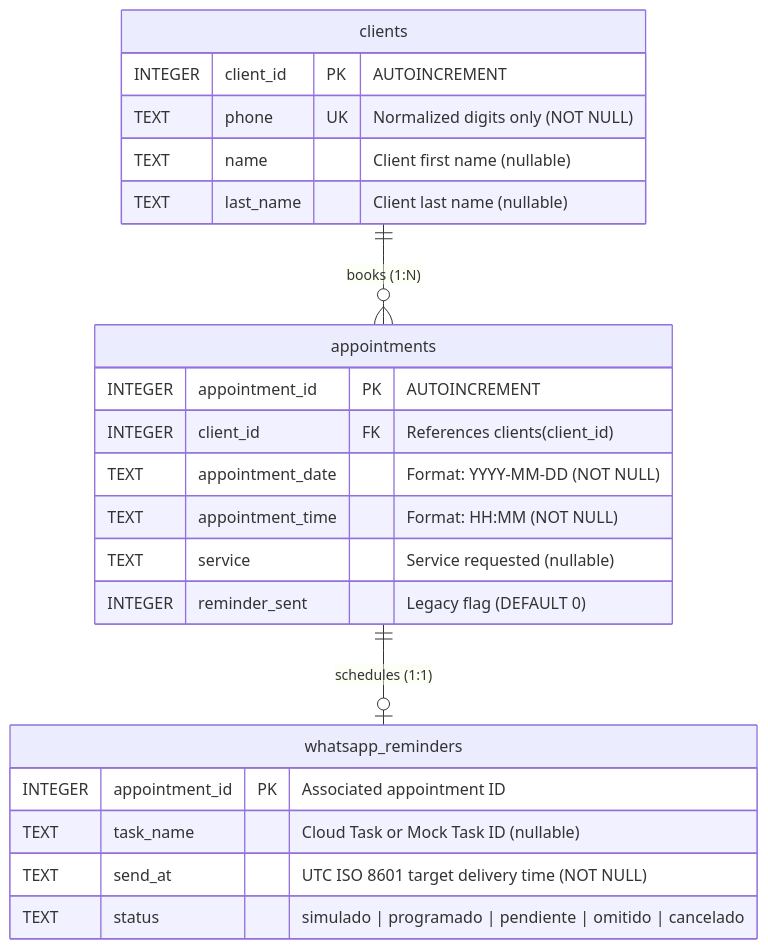
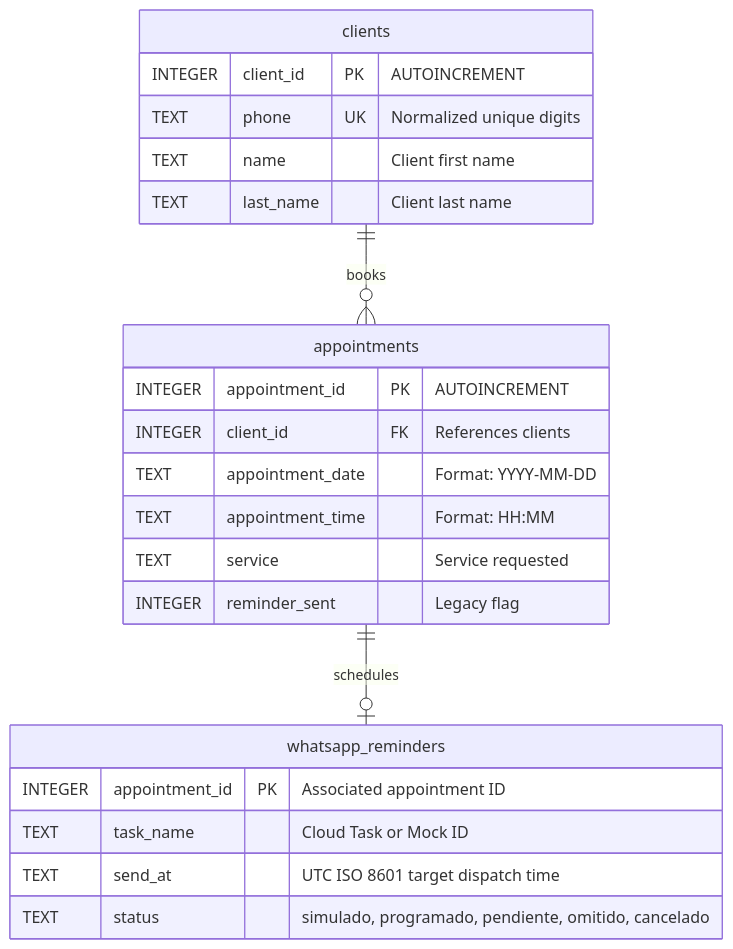
Before and after one commit to pabloneiras/barber-shop: the first of 2 diagrams in DATABASE_SCHEMA.md, drawn with Mermaid. The commit also changed other lines of this file and 2 other files, not shown here.

Commit message:
docs: fix Mermaid diagram syntax and add full Spanish README_es.md

````diff
--- a/DATABASE_SCHEMA.md
+++ b/DATABASE_SCHEMA.md
@@ -21,28 +21,28 @@
 ```mermaid
 erDiagram
-    clients ||--o{ appointments : "books (1:N)"
-    appointments ||--o| whatsapp_reminders : "schedules (1:1)"
+    clients ||--o{ appointments : "books"
+    appointments ||--o| whatsapp_reminders : "schedules"
 
     clients {
         INTEGER client_id PK "AUTOINCREMENT"
-        TEXT phone UK "Normalized digits only (NOT NULL)"
-        TEXT name "Client first name (nullable)"
-        TEXT last_name "Client last name (nullable)"
+        TEXT phone UK "Normalized unique digits"
+        TEXT name "Client first name"
+        TEXT last_name "Client last name"
     }
 
     appointments {
         INTEGER appointment_id PK "AUTOINCREMENT"
-        INTEGER client_id FK "References clients(client_id)"
-        TEXT appointment_date "Format: YYYY-MM-DD (NOT NULL)"
-        TEXT appointment_time "Format: HH:MM (NOT NULL)"
-        TEXT service "Service requested (nullable)"
-        INTEGER reminder_sent "Legacy flag (DEFAULT 0)"
+        INTEGER client_id FK "References clients"
+        TEXT appointment_date "Format: YYYY-MM-DD"
+        TEXT appointment_time "Format: HH:MM"
+        TEXT service "Service requested"
+        INTEGER reminder_sent "Legacy flag"
     }
 
     whatsapp_reminders {
         INTEGER appointment_id PK "Associated appointment ID"
-        TEXT task_name "Cloud Task or Mock Task ID (nullable)"
-        TEXT send_at "UTC ISO 8601 target delivery time (NOT NULL)"
-        TEXT status "simulado | programado | pendiente | omitido | cancelado"
+        TEXT task_name "Cloud Task or Mock ID"
+        TEXT send_at "UTC ISO 8601 target dispatch time"
+        TEXT status "simulado, programado, pendiente, omitido, cancelado"
     }
 ```
````
